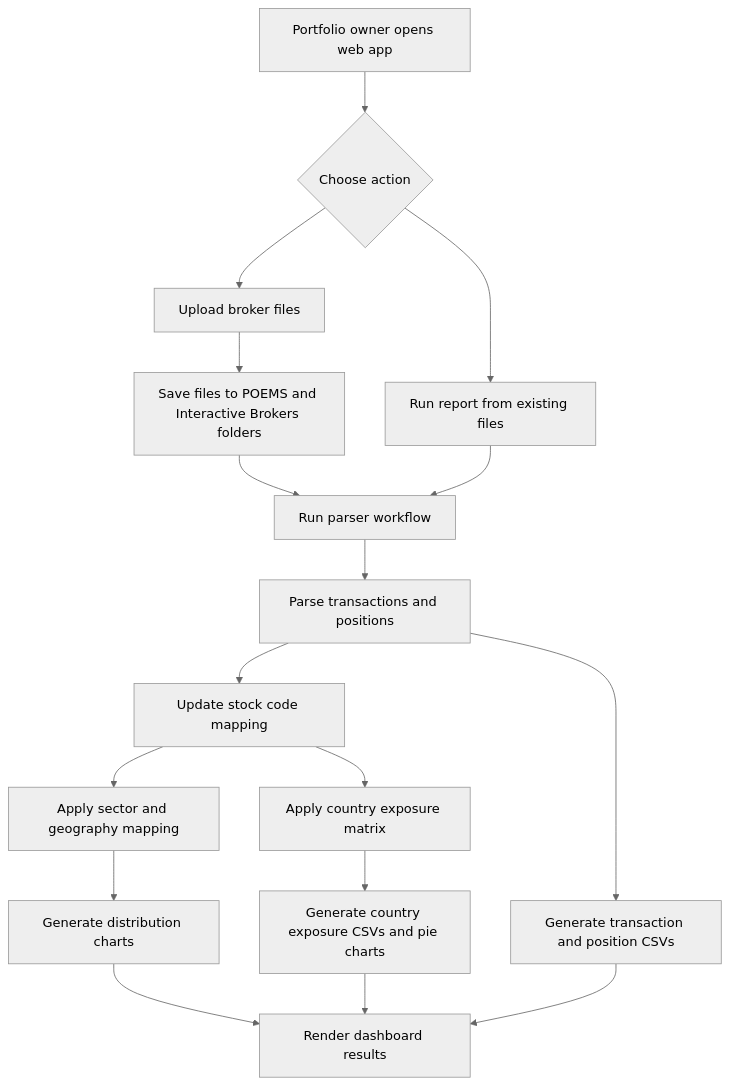
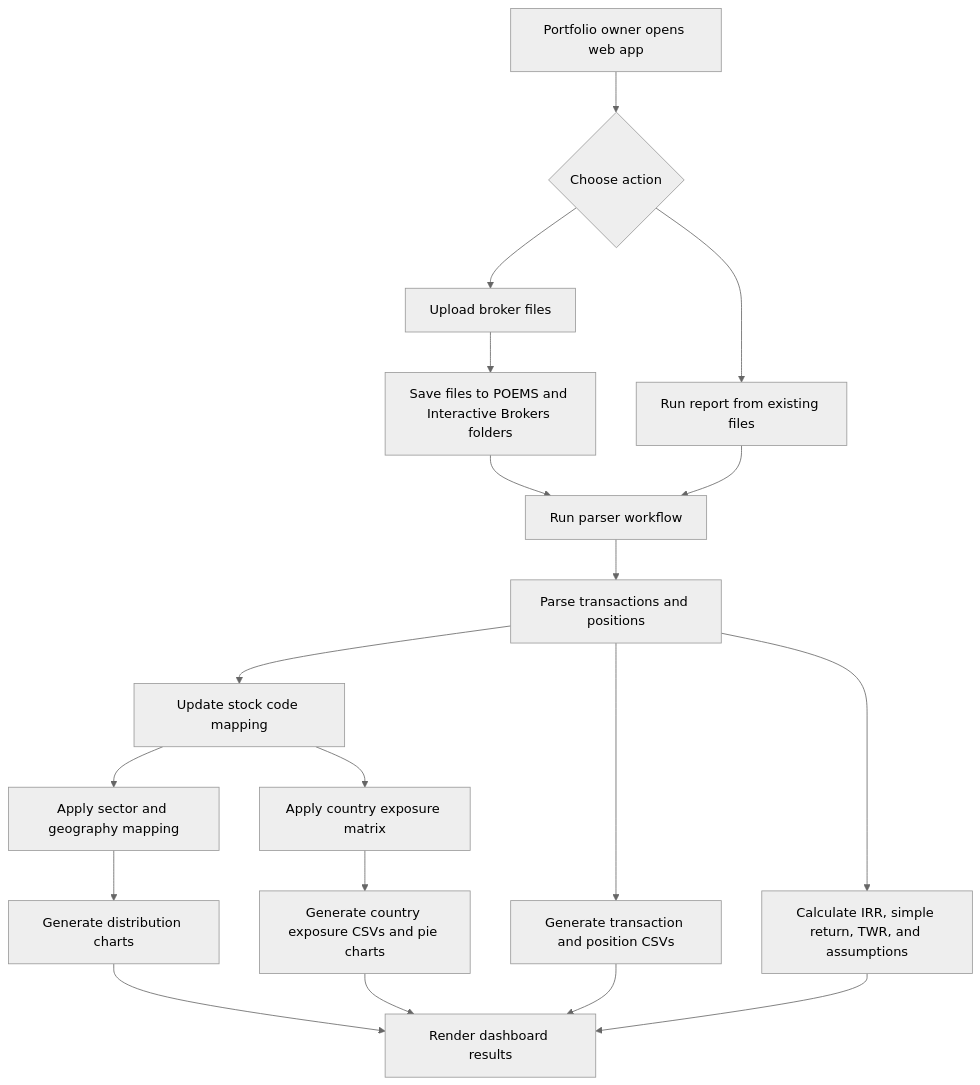
The first of 3 diagrams in docs/USER_STORIES.md (Joshua-project-code/Portfolio-Tracker), drawn with Mermaid (neutral theme) before and after one commit. The commit also changed other lines of this file and 6 other files, not shown here.

````diff
--- a/docs/USER_STORIES.md
+++ b/docs/USER_STORIES.md
@@ -246,19 +250,21 @@
 ```mermaid
 flowchart TD
     A[Portfolio owner opens web app] --> B{Choose action}
     B --> C[Upload broker files]
     B --> D[Run report from existing files]
     C --> E[Save files to POEMS and Interactive Brokers folders]
     E --> F[Run parser workflow]
     D --> F
     F --> G[Parse transactions and positions]
     G --> H[Update stock code mapping]
     H --> I[Apply sector and geography mapping]
     H --> J[Apply country exposure matrix]
+    G --> O[Calculate IRR, simple return, TWR, and assumptions]
     I --> K[Generate distribution charts]
     J --> L[Generate country exposure CSVs and pie charts]
     G --> M[Generate transaction and position CSVs]
     K --> N[Render dashboard results]
     L --> N
     M --> N
+    O --> N
 ```
````
